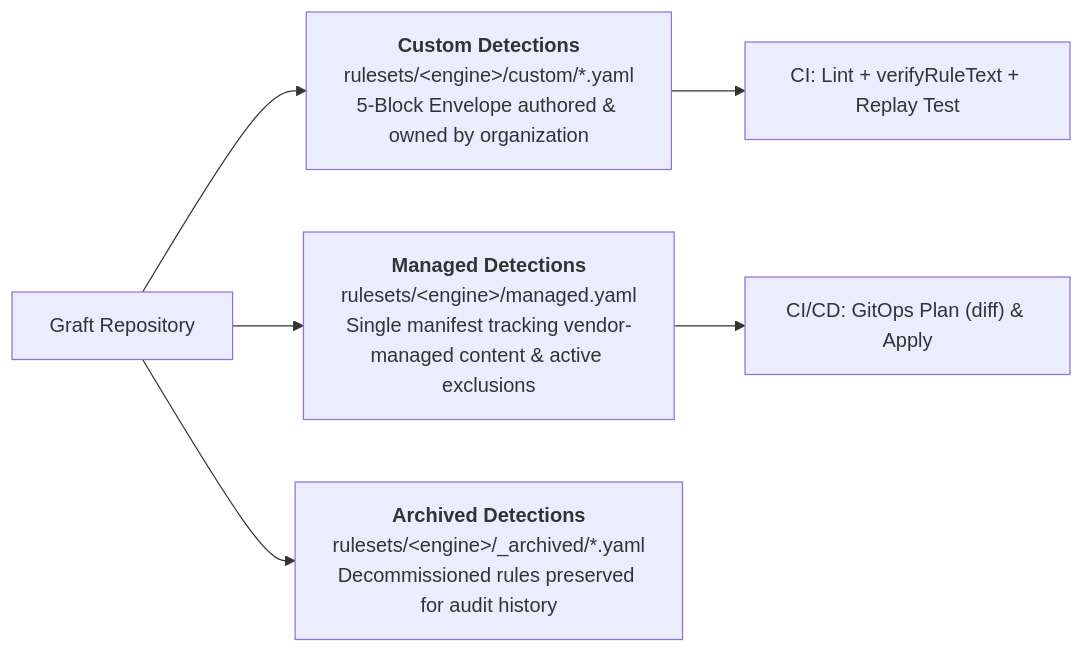
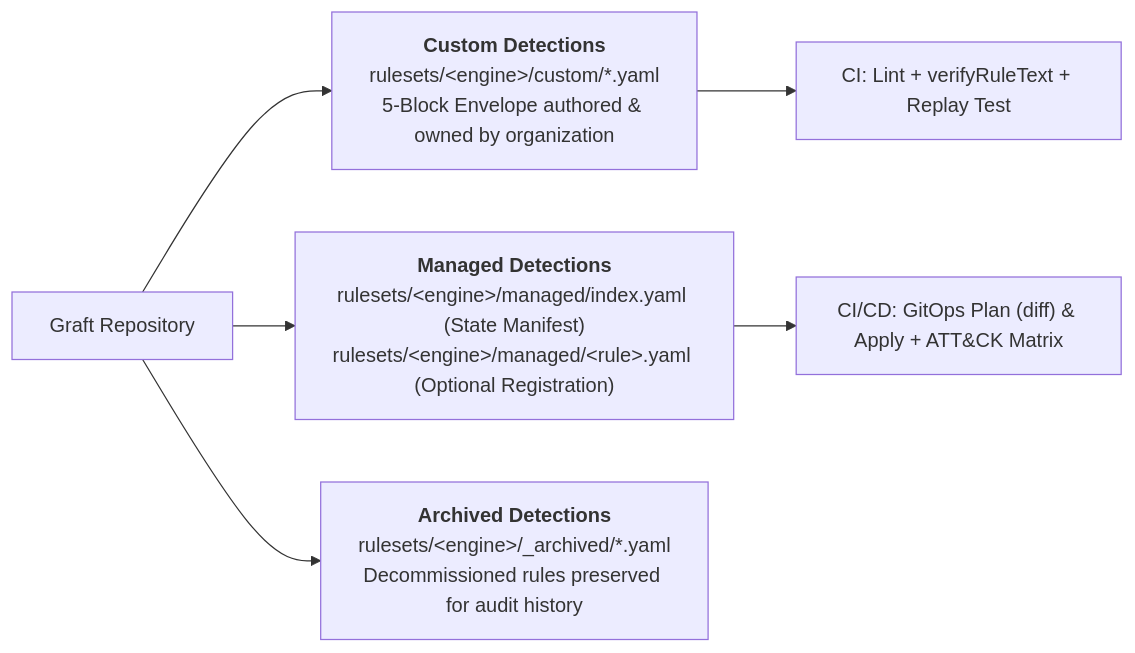
One commit to lopes/graft changed the second of 2 diagrams in docs/architecture.md. Above: the diagram before and after it, drawn with Mermaid. The commit also changed other lines of this file and 51 other files, not shown here.

First line of the commit message:
managed rule registration (#22)

````diff
--- a/docs/architecture.md
+++ b/docs/architecture.md
@@ -63,9 +63,9 @@
 ```mermaid
 flowchart LR
     REPO["Graft Repository"] --> CUSTOM["<b>Custom Detections</b><br/>rulesets/&lt;engine&gt;/custom/*.yaml<br/>5-Block Envelope authored & owned by organization"]
-    REPO --> MANAGED["<b>Managed Detections</b><br/>rulesets/&lt;engine&gt;/managed.yaml<br/>Single manifest tracking vendor-managed content & active exclusions"]
+    REPO --> MANAGED["<b>Managed Detections</b><br/>rulesets/&lt;engine&gt;/managed/index.yaml (State Manifest)<br/>rulesets/&lt;engine&gt;/managed/&lt;rule&gt;.yaml (Optional Registration)"]
     REPO --> ARCHIVED["<b>Archived Detections</b><br/>rulesets/&lt;engine&gt;/_archived/*.yaml<br/>Decommissioned rules preserved for audit history"]
 
     CUSTOM --> VERIFY["CI: Lint + verifyRuleText + Replay Test"]
-    MANAGED --> RECONCILE["CI/CD: GitOps Plan (diff) & Apply"]
+    MANAGED --> RECONCILE["CI/CD: GitOps Plan (diff) & Apply + ATT&CK Matrix"]
 ```
````
